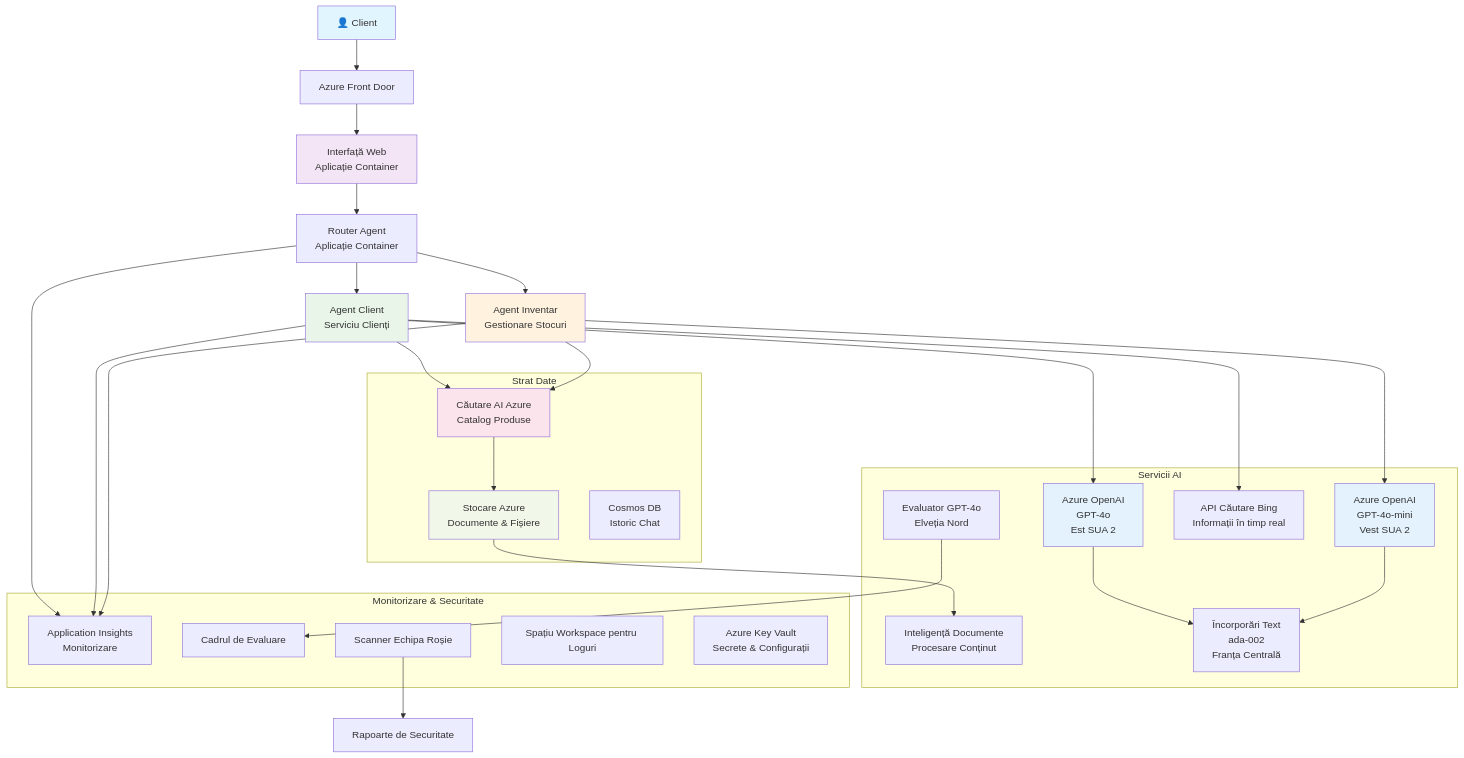
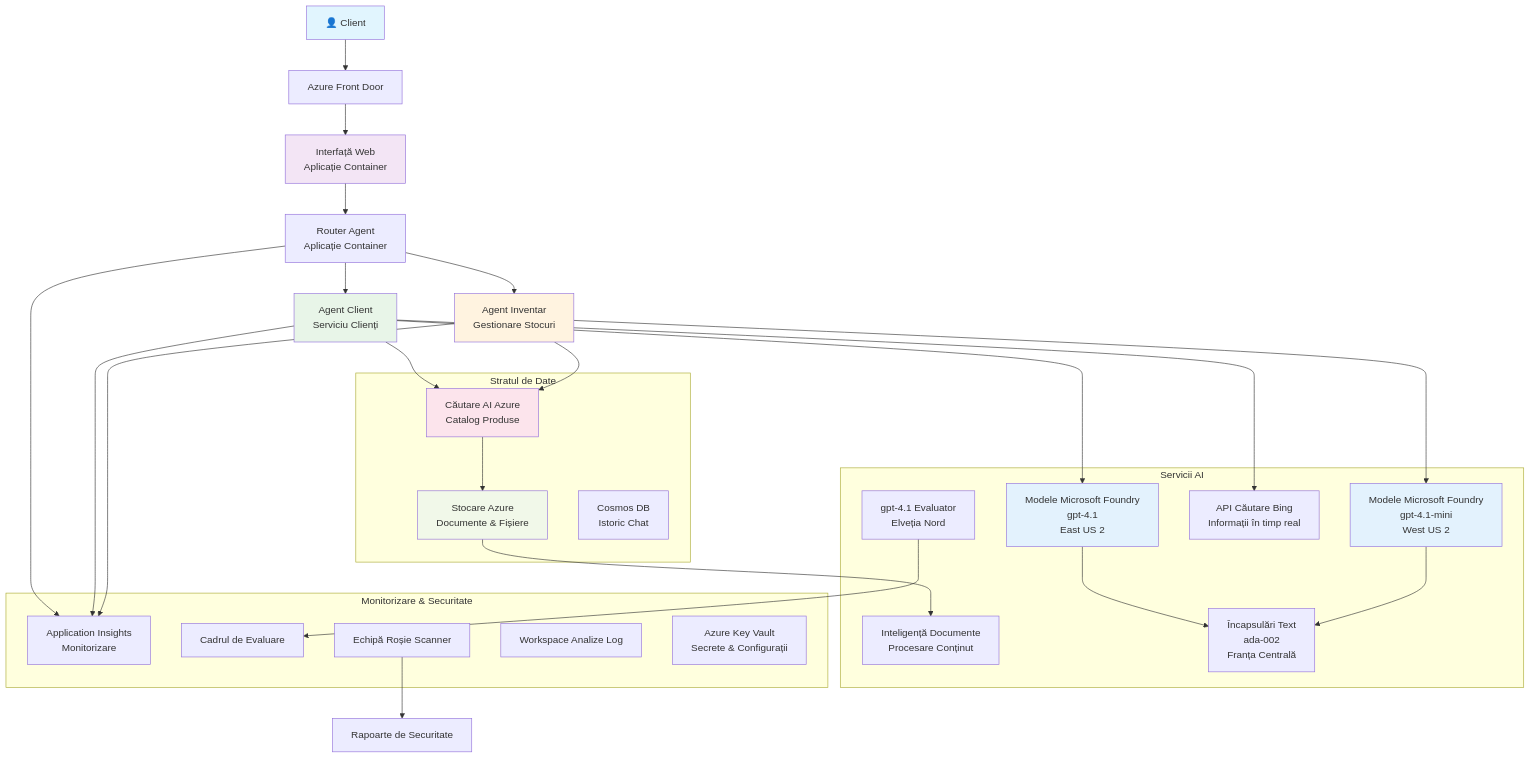
The diagram in translations/ro/examples/retail-scenario.md (microsoft/AZD-for-beginners), drawn with Mermaid before and after one commit. The commit also changed other lines of this file and 101 other files, not shown here.

````diff
--- a/translations/ro/examples/retail-scenario.md
+++ b/translations/ro/examples/retail-scenario.md
@@ -139,61 +139,61 @@
 ```mermaid
 graph TB
     User[👤 Client] --> LB[Azure Front Door]
     LB --> WebApp[Interfață Web<br/>Aplicație Container]
     
     WebApp --> Router[Router Agent<br/>Aplicație Container]
     Router --> CustomerAgent[Agent Client<br/>Serviciu Clienți]
     Router --> InvAgent[Agent Inventar<br/>Gestionare Stocuri]
     
-    CustomerAgent --> OpenAI1[Azure OpenAI<br/>GPT-4o<br/>Est SUA 2]
-    InvAgent --> OpenAI2[Azure OpenAI<br/>GPT-4o-mini<br/>Vest SUA 2]
+    CustomerAgent --> OpenAI1[Modele Microsoft Foundry<br/>gpt-4.1<br/>East US 2]
+    InvAgent --> OpenAI2[Modele Microsoft Foundry<br/>gpt-4.1-mini<br/>West US 2]
     
     CustomerAgent --> AISearch[Căutare AI Azure<br/>Catalog Produse]
     CustomerAgent --> BingSearch[API Căutare Bing<br/>Informații în timp real]
     InvAgent --> AISearch
     
     AISearch --> Storage[Stocare Azure<br/>Documente & Fișiere]
     Storage --> DocIntel[Inteligență Documente<br/>Procesare Conținut]
     
-    OpenAI1 --> Embeddings[Încorporări Text<br/>ada-002<br/>Franța Centrală]
+    OpenAI1 --> Embeddings[Încapsulări Text<br/>ada-002<br/>Franța Centrală]
     OpenAI2 --> Embeddings
     
     Router --> AppInsights[Application Insights<br/>Monitorizare]
     CustomerAgent --> AppInsights
     InvAgent --> AppInsights
     
-    GraderModel[Evaluator GPT-4o<br/>Elveția Nord] --> Evaluation[Cadrul de Evaluare]
-    RedTeam[Scanner Echipa Roșie] --> SecurityReports[Rapoarte de Securitate]
+    GraderModel[gpt-4.1 Evaluator<br/>Elveția Nord] --> Evaluation[Cadrul de Evaluare]
+    RedTeam[Echipă Roșie Scanner] --> SecurityReports[Rapoarte de Securitate]
     
-    subgraph "Strat Date"
+    subgraph "Stratul de Date"
         Storage
         AISearch
         CosmosDB[Cosmos DB<br/>Istoric Chat]
     end
     
     subgraph "Servicii AI"
         OpenAI1
         OpenAI2
         Embeddings
         GraderModel
         DocIntel
         BingSearch
     end
     
     subgraph "Monitorizare & Securitate"
         AppInsights
-        LogAnalytics[Spațiu Workspace pentru Loguri]
+        LogAnalytics[Workspace Analize Log]
         KeyVault[Azure Key Vault<br/>Secrete & Configurații]
         RedTeam
         Evaluation
     end
     
     style User fill:#e1f5fe
     style WebApp fill:#f3e5f5
     style CustomerAgent fill:#e8f5e8
     style InvAgent fill:#fff3e0
     style OpenAI1 fill:#e3f2fd
     style OpenAI2 fill:#e3f2fd
     style AISearch fill:#fce4ec
     style Storage fill:#f1f8e9
 ```  
````
